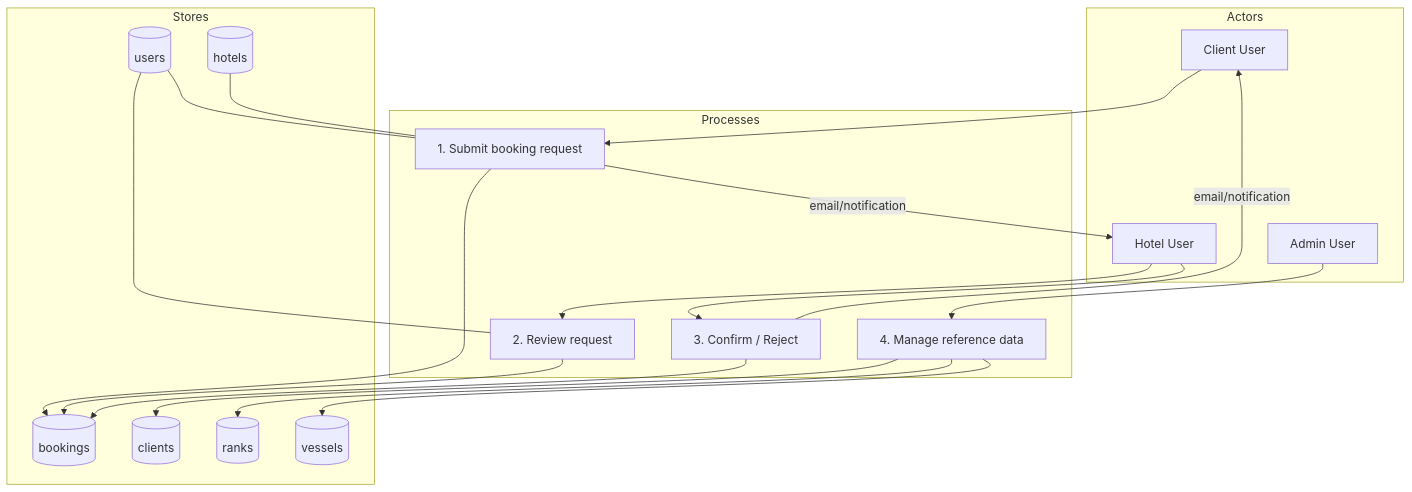
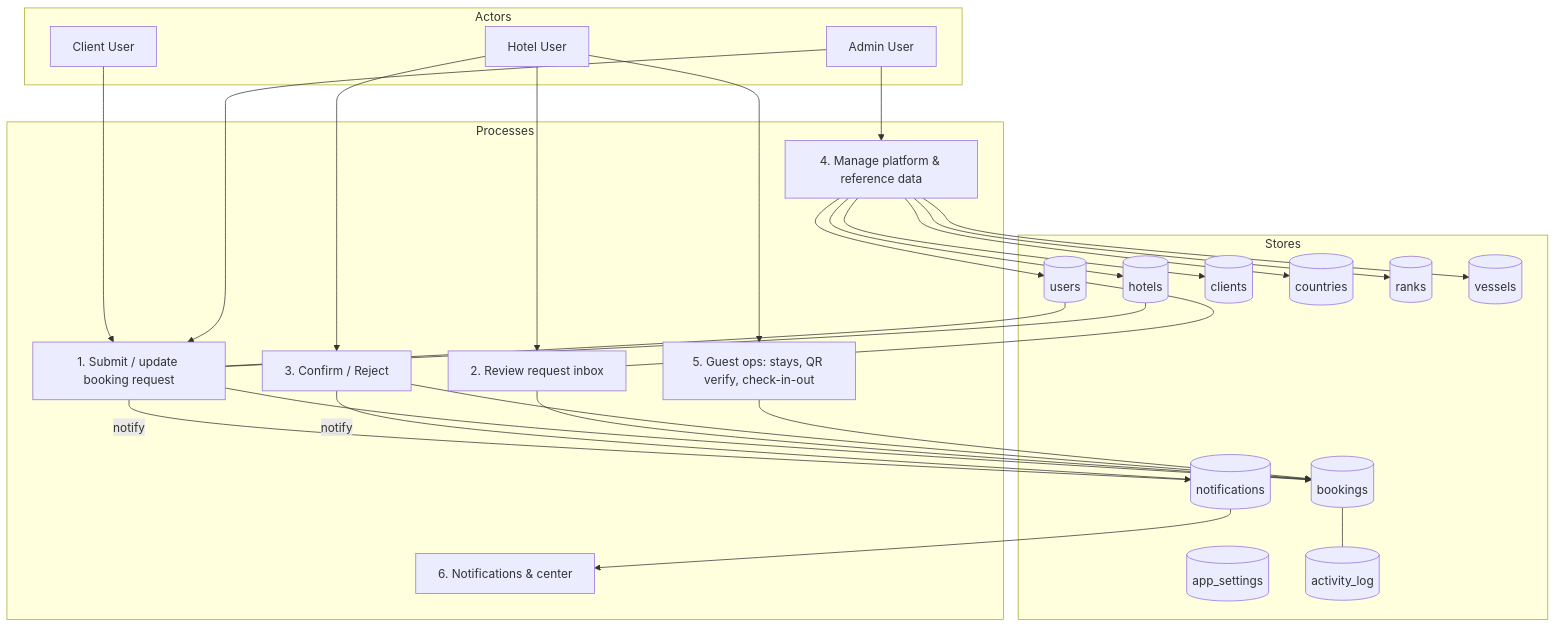
Before and after one commit to rabil007/HMS: the second of 2 diagrams in PROJECT_DFD.md, drawn with Mermaid. The commit also changed other lines of this file and 1 other file, not shown here.

Commit message:
feat: expand documentation for HMS application context, detailing user roles, booking lifecycle, notifications, and core data stores, including schema highlights and routing structure

````diff
--- a/PROJECT_DFD.md
+++ b/PROJECT_DFD.md
@@ -76,39 +78,54 @@
 ```mermaid
 flowchart TB
   subgraph Actors
     C[Client User]
     H[Hotel User]
     A[Admin User]
   end
 
   subgraph Processes
-    P1[1. Submit booking request]
-    P2[2. Review request]
+    P1[1. Submit / update booking request]
+    P2[2. Review request inbox]
     P3[3. Confirm / Reject]
-    P4[4. Manage reference data]
+    P4[4. Manage platform & reference data]
+    P5[5. Guest ops: stays, QR verify, check-in-out]
+    P6[6. Notifications & center]
   end
 
   subgraph Stores
     D1[(bookings)]
+    D2[(notifications)]
     D3[(users)]
     D4[(hotels)]
     D5[(clients)]
-    D6[(ranks)]
-    D7[(vessels)]
+    D6[(countries)]
+    D7[(ranks)]
+    D8[(vessels)]
+    D9[(app_settings)]
+    D10[(activity_log)]
   end
 
   C --> P1 --> D1
-  P1 -->|email/notification| H
+  A --> P1
+  P1 -->|notify| D2
+  D2 --> P6
 
   H --> P2 --> D1
   H --> P3 --> D1
-  P3 -->|email/notification| C
+  P3 -->|notify| D2
+
+  H --> P5 --> D1
+
   A --> P4
+  P4 --> D3
+  P4 --> D4
   P4 --> D5
   P4 --> D6
   P4 --> D7
+  P4 --> D8
 
+  D1 --- D10
   D3 --- P1
   D3 --- P2
   D4 --- P1
 ```
````
